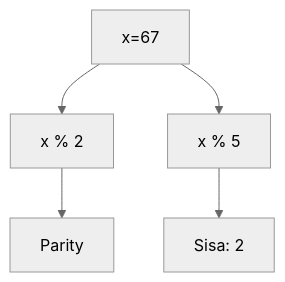
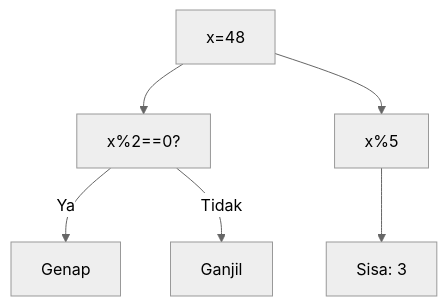
One commit to amnahwaida/OSNK_INF_PREP changed the eighth of 25 diagrams in part-c-pemahaman-cpp/02-percabangan/latihan/set-04.md. Above: the diagram before and after it, drawn with Mermaid (neutral theme). The commit also changed other lines of this file and 71 other files, not shown here.

Commit message:
Fixed Mermaid syntax lexical errors with quoted labels in 1,800 questions

````diff
--- a/part-c-pemahaman-cpp/02-percabangan/latihan/set-04.md
+++ b/part-c-pemahaman-cpp/02-percabangan/latihan/set-04.md
@@ -387,7 +245,8 @@
 ```mermaid
 graph TD
-A[x=67] --> B[x % 2]
-B --> C[Parity]
-A --> D[x % 5]
-D --> E[Sisa: 2]
+A["x=48"] --> B["x%2==0?"]
+B -- Ya --> C["Genap"]
+B -- Tidak --> D["Ganjil"]
+A --> E["x%5"]
+E --> F["Sisa: 3"]
 ```
````
